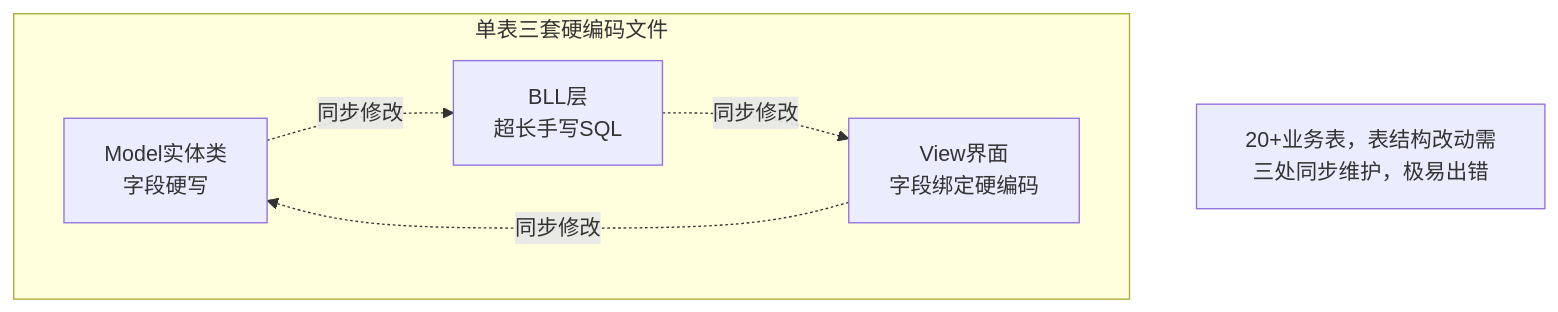
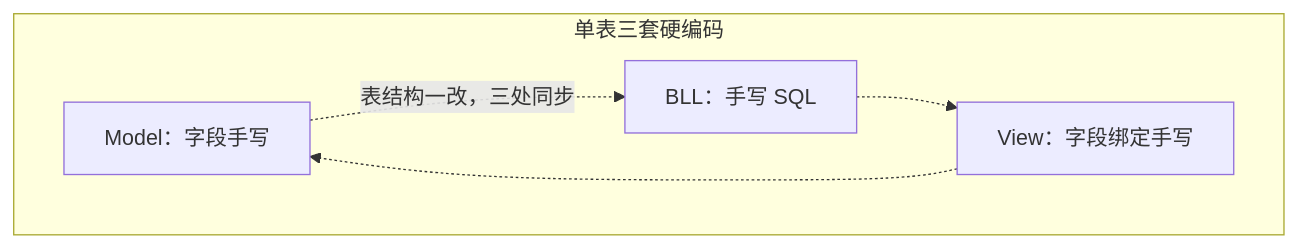
The second of 4 diagrams in data/projects/baosteel/01-data-collector/project-doc.md (a869320750/MyHtmlResume), drawn with Mermaid before and after one commit. The commit also changed other lines of this file and 10 other files, not shown here.

````diff
--- a/data/projects/baosteel/01-data-collector/project-doc.md
+++ b/data/projects/baosteel/01-data-collector/project-doc.md
@@ -27,12 +54,11 @@
 ```mermaid
 flowchart TD
-    subgraph 单表三套硬编码文件
-        M[Model实体类<br/>字段硬写]
-        B[BLL层<br/>超长手写SQL]
-        V[View界面<br/>字段绑定硬编码]
+    subgraph 单表三套硬编码
+        M[Model：字段手写]
+        B[BLL：手写 SQL]
+        V[View：字段绑定手写]
     end
-    M -.同步修改.-> B
-    B -.同步修改.-> V
-    V -.同步修改.-> M
-    Note[20+业务表，表结构改动需三处同步维护，极易出错]
+    M -.表结构一改，三处同步.-> B
+    B -.-> V
+    V -.-> M
 ```
````
